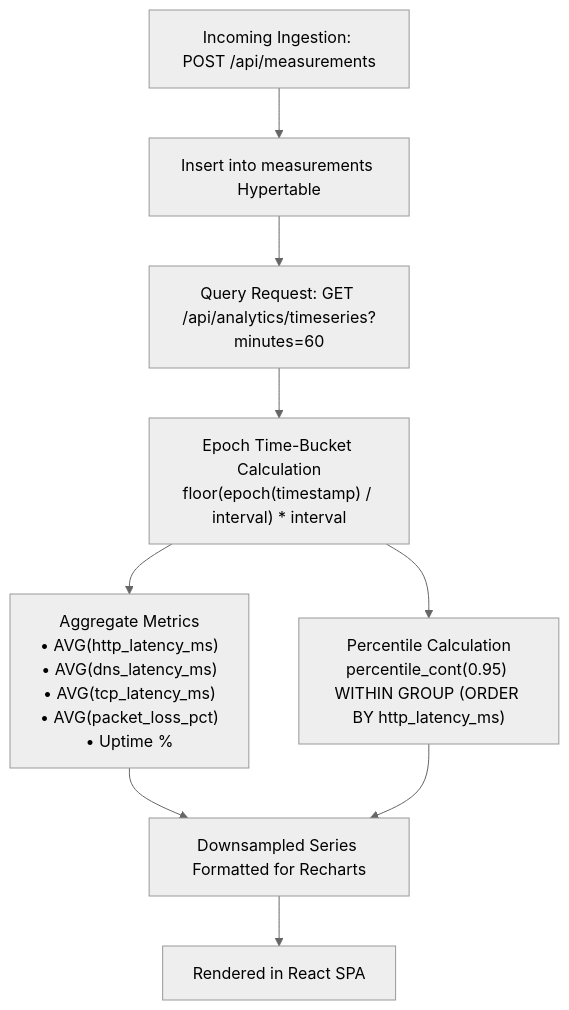
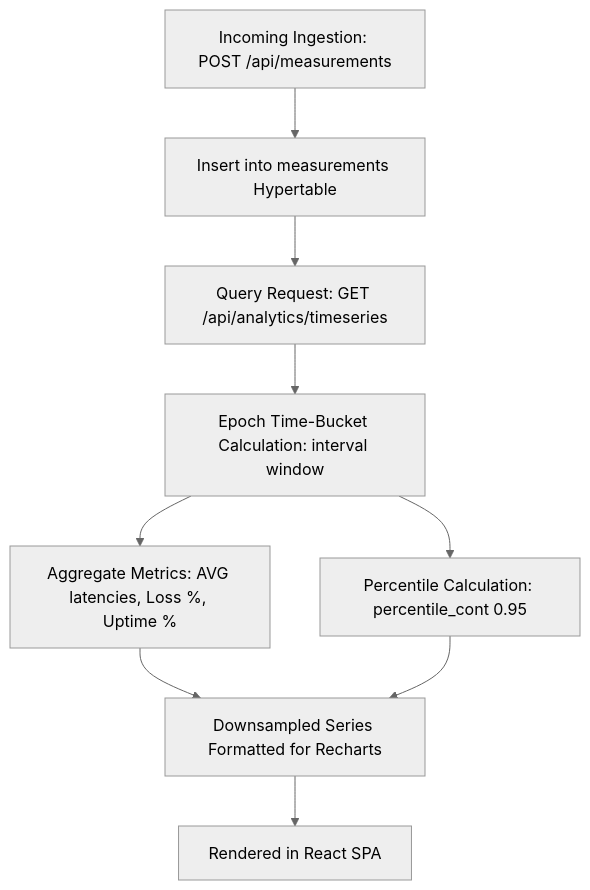
Before and after one commit to lEREHl/Internet_Outage_Intelligence_Platform_Stage_2: the fourth of 5 diagrams in ARCHITECTURE_V2.md, drawn with Mermaid (neutral theme). The commit also changed other lines of this file and 1 other file, not shown here.

````diff
--- a/ARCHITECTURE_V2.md
+++ b/ARCHITECTURE_V2.md
@@ -172,14 +170,14 @@
 ```mermaid
 flowchart TD
     RawRow["Incoming Ingestion: POST /api/measurements"] --> WriteDB["Insert into measurements Hypertable"]
 
-    WriteDB --> TimeQuery["Query Request: GET /api/analytics/timeseries?minutes=60"]
+    WriteDB --> TimeQuery["Query Request: GET /api/analytics/timeseries"]
     
-    TimeQuery --> Bucket["Epoch Time-Bucket Calculation<br/>floor(epoch(timestamp) / interval) * interval"]
-    Bucket --> Agg["Aggregate Metrics<br/>• AVG(http_latency_ms)<br/>• AVG(dns_latency_ms)<br/>• AVG(tcp_latency_ms)<br/>• AVG(packet_loss_pct)<br/>• Uptime %"]
-    Bucket --> P95["Percentile Calculation<br/>percentile_cont(0.95) WITHIN GROUP (ORDER BY http_latency_ms)"]
+    TimeQuery --> Bucket["Epoch Time-Bucket Calculation: interval window"]
+    Bucket --> Agg["Aggregate Metrics: AVG latencies, Loss %, Uptime %"]
+    Bucket --> P95["Percentile Calculation: percentile_cont 0.95"]
 
     Agg --> Downsample["Downsampled Series Formatted for Recharts"]
     P95 --> Downsample
     Downsample --> ClientUI["Rendered in React SPA"]
 ```
````
